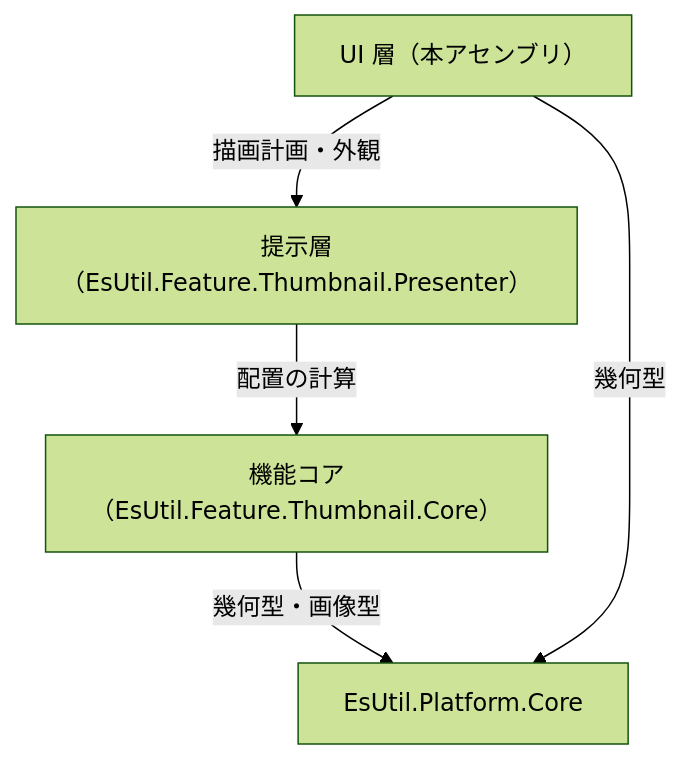
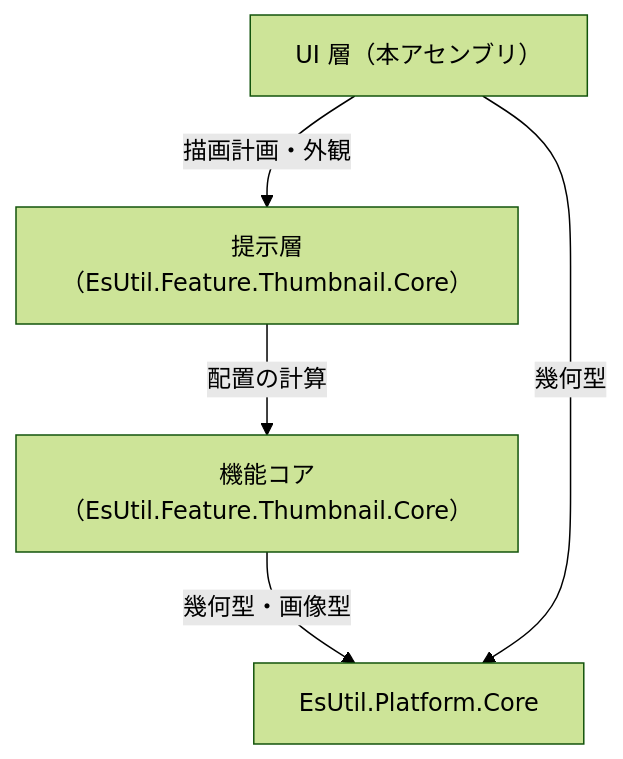
The first of 3 diagrams in EsUtil.Ui.MewUI/Thumbnail/docs/SPEC_System.md (tomokuni/EsUtil), drawn with Mermaid (forest theme) before and after one commit. The commit also changed other lines of this file and 296 other files, not shown here.

````diff
--- a/EsUtil.Ui.MewUI/Thumbnail/docs/SPEC_System.md
+++ b/EsUtil.Ui.MewUI/Thumbnail/docs/SPEC_System.md
@@ -43,12 +43,12 @@
 ```mermaid
 flowchart TD
     UI["UI 層（本アセンブリ）"]
-    Presenter["提示層（EsUtil.Feature.Thumbnail.Presenter）"]
+    Presenter["提示層（EsUtil.Feature.Thumbnail.Core）"]
     Core["機能コア（EsUtil.Feature.Thumbnail.Core）"]
     Platform["EsUtil.Platform.Core"]
 
     UI -->|描画計画・外観| Presenter
     Presenter -->|配置の計算| Core
     Core -->|幾何型・画像型| Platform
     UI -->|幾何型| Platform
 ```
````
